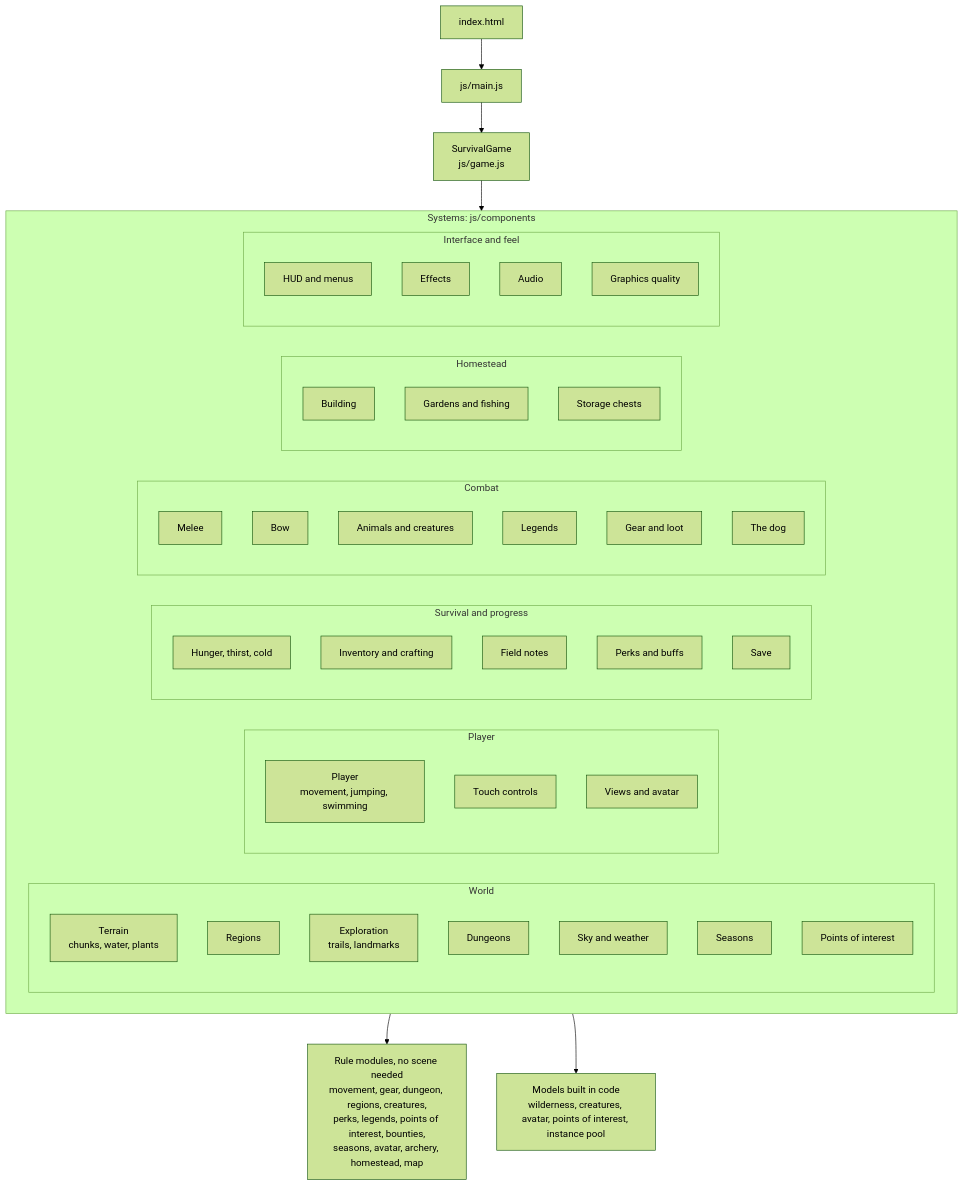
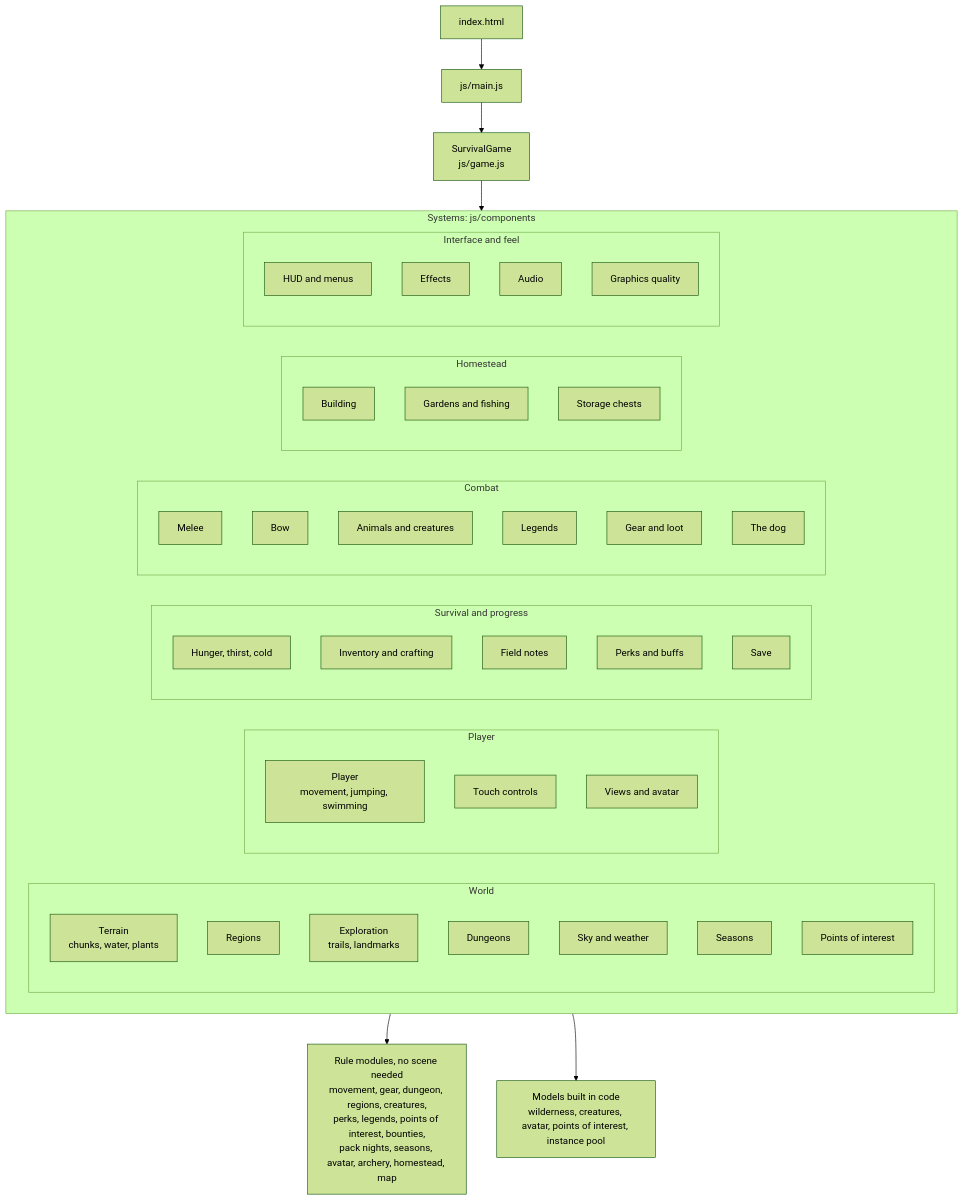
The third of 5 diagrams in README.md (CptNope/Survival-Game), drawn with Mermaid (forest theme) before and after one commit. The commit also changed other lines of this file and 13 other files, not shown here.

First line of the commit message:
Add pack nights: a hunting pack at midnight on the last night of every season

````diff
--- a/README.md
+++ b/README.md
@@ -384,62 +405,62 @@
 ```mermaid
 flowchart TD
     index["index.html"] --> main["js/main.js"] --> game["SurvivalGame<br/>js/game.js"]
 
     game --> systems
 
     subgraph systems["Systems: js/components"]
         direction LR
         subgraph world["World"]
             terrain["Terrain<br/>chunks, water, plants"]
             regions["Regions"]
             exploration["Exploration<br/>trails, landmarks"]
             dungeon["Dungeons"]
             sky["Sky and weather"]
             seasons["Seasons"]
             pois["Points of interest"]
         end
 
         subgraph player["Player"]
             playersys["Player<br/>movement, jumping, swimming"]
             touch["Touch controls"]
             view["Views and avatar"]
         end
 
         subgraph life["Survival and progress"]
             survival["Hunger, thirst, cold"]
             inventory["Inventory and crafting"]
             progression["Field notes"]
             perks["Perks and buffs"]
             save["Save"]
         end
 
         subgraph fight["Combat"]
             combat["Melee"]
             archery["Bow"]
             animals["Animals and creatures"]
             legends["Legends"]
             gear["Gear and loot"]
             companion["The dog"]
         end
 
         subgraph home["Homestead"]
             building["Building"]
             gardens["Gardens and fishing"]
             storage["Storage chests"]
         end
 
         subgraph face["Interface and feel"]
             ui["HUD and menus"]
             effects["Effects"]
             audio["Audio"]
             quality["Graphics quality"]
         end
 
     end
 
     systems --> rules
     systems --> models
 
-    rules["Rule modules, no scene needed<br/>movement, gear, dungeon, regions, creatures,<br/>perks, legends, points of interest, bounties,<br/>seasons, avatar, archery, homestead, map"]
+    rules["Rule modules, no scene needed<br/>movement, gear, dungeon, regions, creatures,<br/>perks, legends, points of interest, bounties,<br/>pack nights, seasons, avatar, archery, homestead, map"]
     models["Models built in code<br/>wilderness, creatures, avatar, points of interest, instance pool"]
 ```
````
